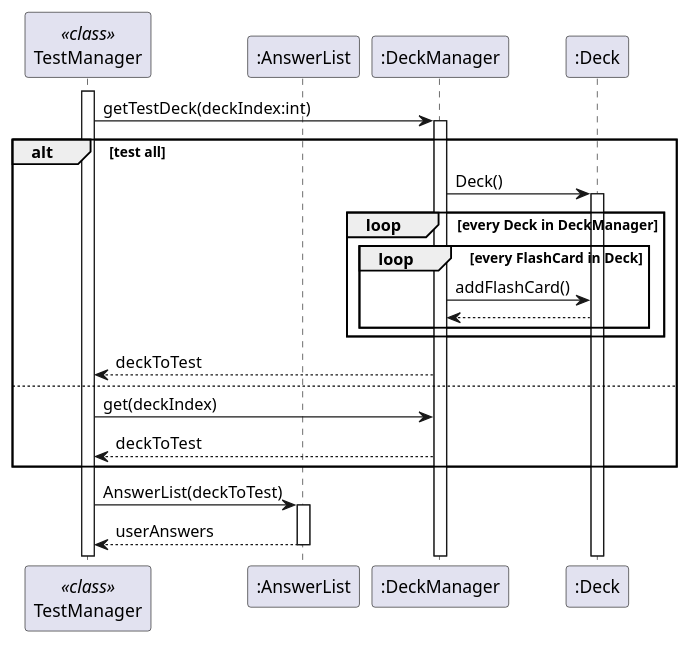
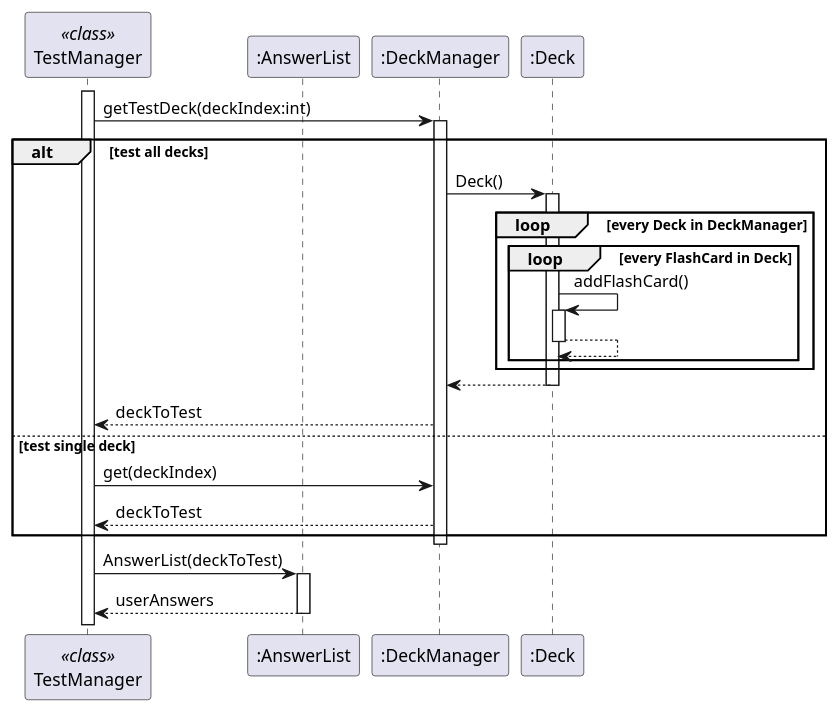
Before and after one commit to xkisxk/tp: the diagram in docs/uml/getTestDeckSequenceDiagram.puml, drawn with PlantUML. The commit also changed 3 other files, not shown here.

Commit message:
Fixed errors in sequence diagrams

```diff
--- a/docs/uml/getTestDeckSequenceDiagram.puml
+++ b/docs/uml/getTestDeckSequenceDiagram.puml
@@ -1,34 +1,41 @@
 @startuml
 participant "TestManager" as TestManager << class >>
 participant ":AnswerList" as AnswerList
 participant ":DeckManager" as DeckManager
 participant ":Deck" as Deck
 
 activate TestManager
 
 TestManager -> DeckManager : getTestDeck(deckIndex:int)
 activate DeckManager
 
-alt test all
+alt test all decks
 DeckManager -> Deck : Deck()
 activate Deck
 loop every Deck in DeckManager
 loop every FlashCard in Deck
-DeckManager -> Deck : addFlashCard()
-Deck --> DeckManager
+
+Deck -> Deck : addFlashCard()
+activate Deck
+Deck --> Deck
+deactivate Deck
+
 end
 end
+Deck --> DeckManager
+deactivate Deck
 DeckManager --> TestManager : deckToTest
 
-else
+else test single deck
 TestManager -> DeckManager : get(deckIndex)
 DeckManager --> TestManager : deckToTest
 end
+deactivate DeckManager
 
 TestManager -> AnswerList : AnswerList(deckToTest)
 activate AnswerList
 
 TestManager <-- AnswerList : userAnswers
 deactivate AnswerList
 
 @enduml
```
